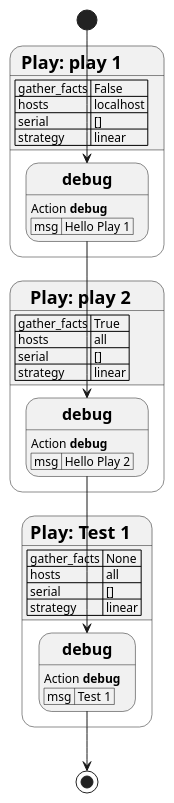
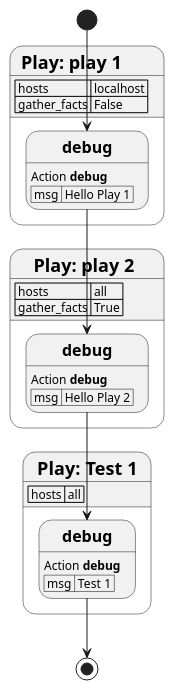
Before and after one commit to teramako/playbook2uml: the diagram in test_playbook/expects/book_8_multi_plays.puml, drawn with PlantUML. The commit also changed 8 other files, not shown here.

First line of the commit message:
[test] fix expected results for PlantUML #11

```diff
--- a/test_playbook/expects/book_8_multi_plays.puml
+++ b/test_playbook/expects/book_8_multi_plays.puml
@@ -1,33 +1,26 @@
 @startuml
 state "= Play: play 1" as play_1 {
+    play_1 : | hosts | localhost |
     play_1 : | gather_facts | False |
-    play_1 : | hosts | localhost |
-    play_1 : | serial | [] |
-    play_1 : | strategy | linear |
     state "== debug" as task_1
     task_1 : Action **debug**
     task_1 : | msg | Hello Play 1 |
 }
 state "= Play: play 2" as play_2 {
+    play_2 : | hosts | all |
     play_2 : | gather_facts | True |
-    play_2 : | hosts | all |
-    play_2 : | serial | [] |
-    play_2 : | strategy | linear |
     state "== debug" as task_2
     task_2 : Action **debug**
     task_2 : | msg | Hello Play 2 |
 }
 state "= Play: Test 1" as play_3 {
-    play_3 : | gather_facts | None |
     play_3 : | hosts | all |
-    play_3 : | serial | [] |
-    play_3 : | strategy | linear |
     state "== debug" as task_3
     task_3 : Action **debug**
     task_3 : | msg | Test 1 |
 }
 [*] --> task_1
 task_1 --> task_2
 task_2 --> task_3
 task_3 --> [*]
 @enduml
```
